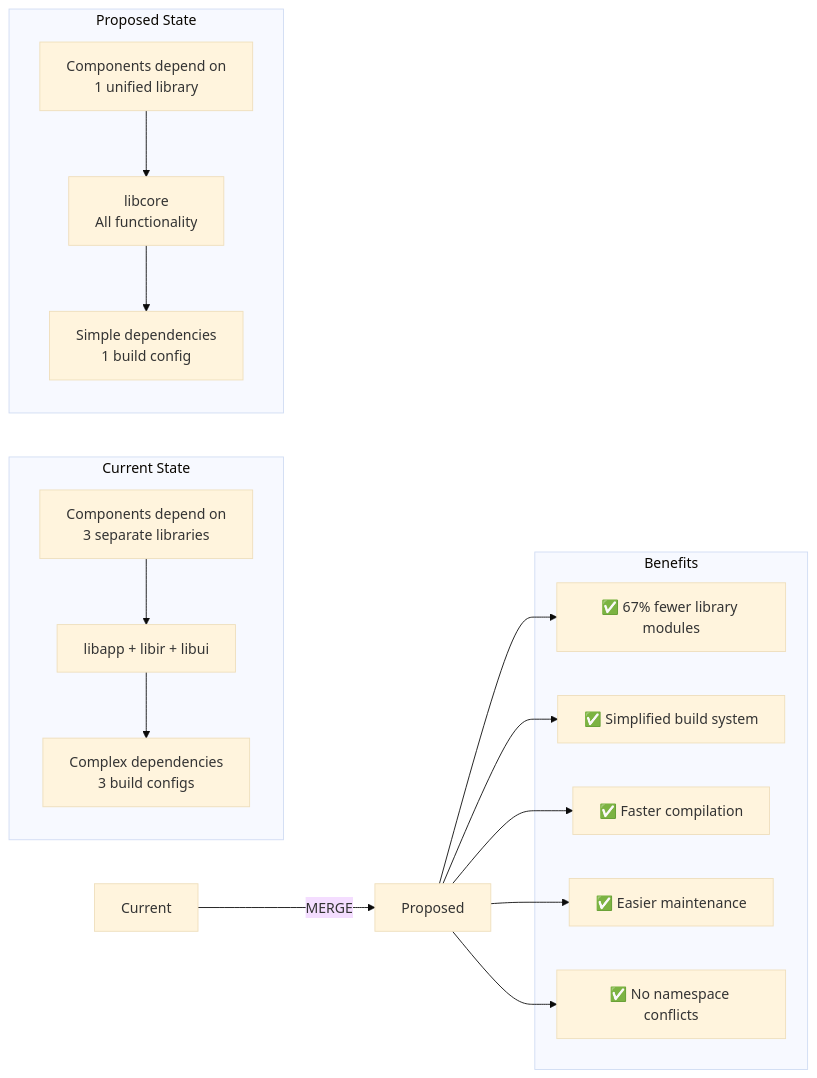
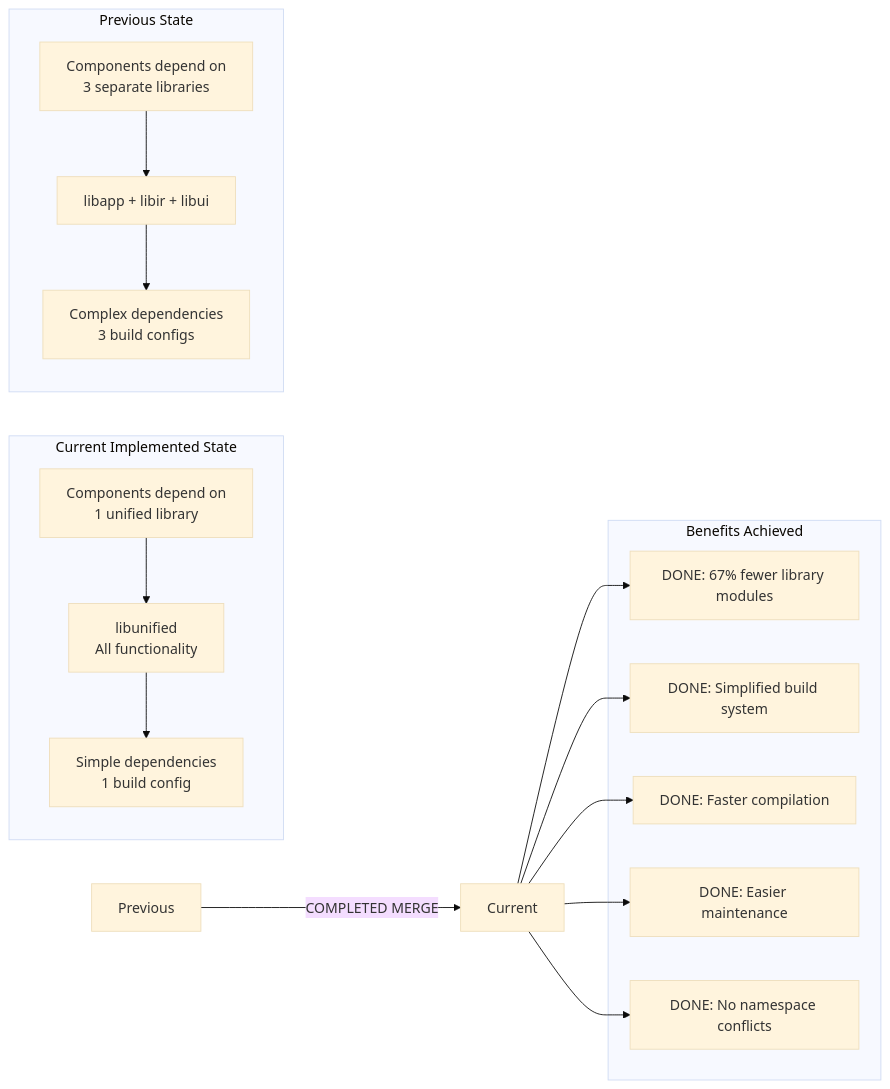
One commit to uclgsr/IRCamera changed the eighth of 13 diagrams in MERMAID_DIAGRAMS.md. Above: the diagram before and after it, drawn with Mermaid (base theme). The commit also changed other lines of this file and 7 other files, not shown here.

Commit message:
Remove emojis and update library references from libcore to libunified

````diff
--- a/MERMAID_DIAGRAMS.md
+++ b/MERMAID_DIAGRAMS.md
@@ -453,32 +462,32 @@
 ```mermaid
 flowchart LR
-    subgraph "Current State"
-        A[Components depend on<br/>3 separate libraries]
-        B[libapp + libir + libui]
-        C[Complex dependencies<br/>3 build configs]
+    subgraph "Current Implemented State"
+        A[Components depend on<br/>1 unified library]
+        B[libunified<br/>All functionality]
+        C[Simple dependencies<br/>1 build config]
         A --> B --> C
     end
     
-    subgraph "Proposed State"
-        D[Components depend on<br/>1 unified library]
-        E[libcore<br/>All functionality]
-        F[Simple dependencies<br/>1 build config]
+    subgraph "Previous State"
+        D[Components depend on<br/>3 separate libraries]
+        E[libapp + libir + libui]
+        F[Complex dependencies<br/>3 build configs]
         D --> E --> F
     end
     
-    Current --> |"MERGE"| Proposed
+    Previous --> |"COMPLETED MERGE"| Current
     
-    subgraph "Benefits"
-        G[✅ 67% fewer library modules]
-        H[✅ Simplified build system]
-        I[✅ Faster compilation]
-        J[✅ Easier maintenance]
-        K[✅ No namespace conflicts]
+    subgraph "Benefits Achieved"
+        G[DONE: 67% fewer library modules]
+        H[DONE: Simplified build system]
+        I[DONE: Faster compilation]
+        J[DONE: Easier maintenance]
+        K[DONE: No namespace conflicts]
     end
     
-    Proposed --> G
-    Proposed --> H
-    Proposed --> I
-    Proposed --> J
-    Proposed --> K
+    Current --> G
+    Current --> H
+    Current --> I
+    Current --> J
+    Current --> K
 ```
````
